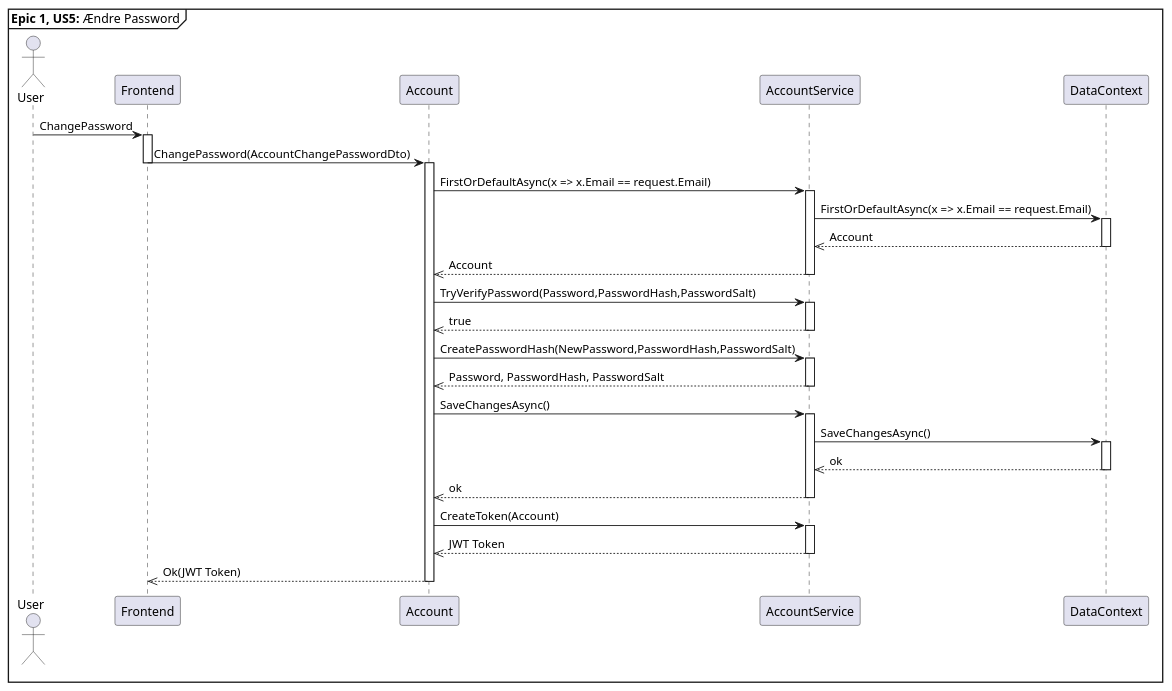
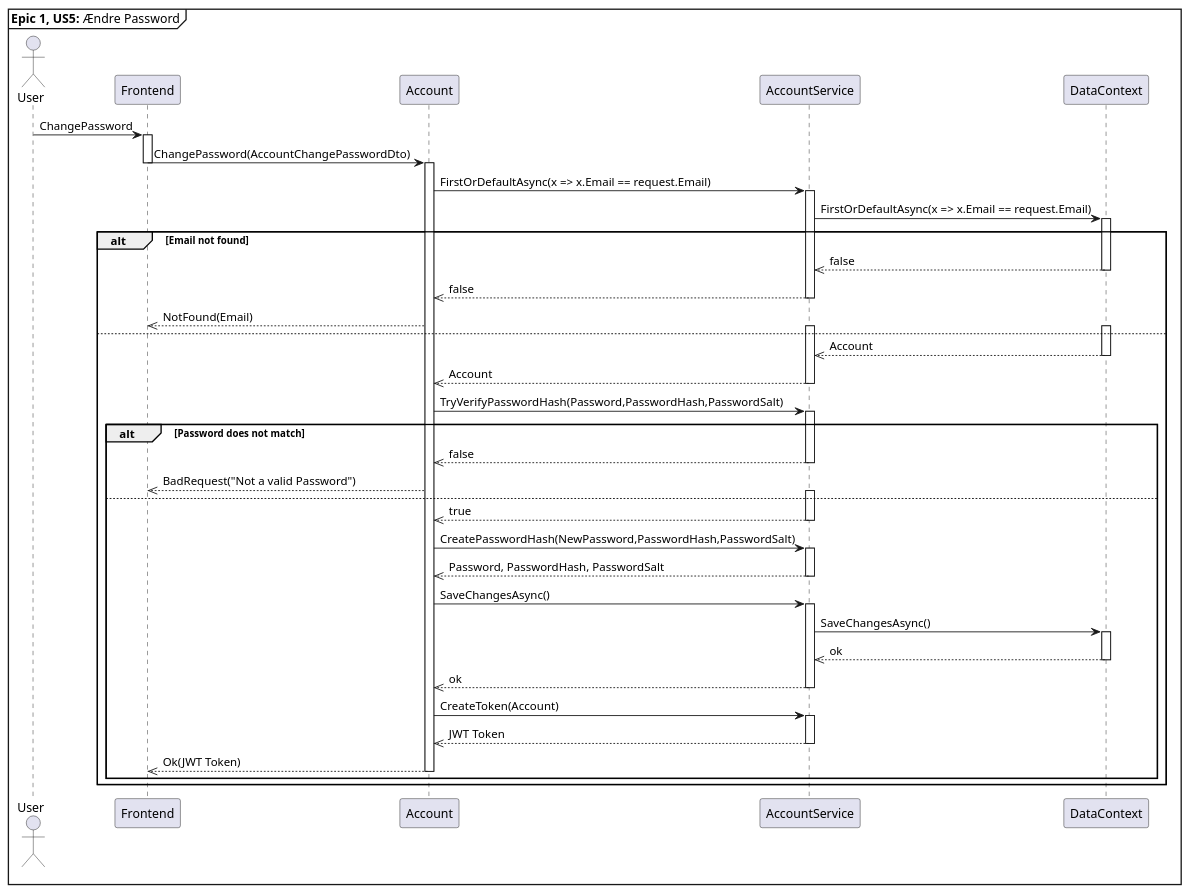
One commit to MartinStokholm/PRJ4_Repo changed the diagram in UML/PlanUML/SequenceDiagram/Account/AccountSequenceChangePassword.puml. Above: the diagram before and after it, drawn with PlantUML. The commit also changed 3 other files, not shown here.

Commit message:
Exception added to sequence diagram

```diff
--- a/UML/PlanUML/SequenceDiagram/Account/AccountSequenceChangePassword.puml
+++ b/UML/PlanUML/SequenceDiagram/Account/AccountSequenceChangePassword.puml
@@ -1,50 +1,67 @@
 @startuml AccountChangePassword
 mainframe **Epic 1, US5:** Ændre Password
 
 
 Actor "User" as U
 participant "Frontend" as F
 participant "Account" as A
 participant "AccountService" as S
 participant "DataContext" as D
 
 
 
 U -> F : ChangePassword
 activate F 
 F -> A : ChangePassword(AccountChangePasswordDto)
 deactivate F 
 activate A
 A -> S : FirstOrDefaultAsync(x => x.Email == request.Email)
 activate S
 S -> D : FirstOrDefaultAsync(x => x.Email == request.Email)
 activate D
-D -->> S : Account
-deactivate D
-S -->> A : Account
-deactivate S
-A -> S : TryVerifyPassword(Password,PasswordHash,PasswordSalt)
-activate S
-S -->> A : true 
-deactivate S
-A -> S : CreatePasswordHash(NewPassword,PasswordHash,PasswordSalt)
-activate S
-S -->> A : Password, PasswordHash, PasswordSalt
-deactivate S 
-A -> S : SaveChangesAsync()
-activate S
-S -> D : SaveChangesAsync()
-activate D
-D -->> S : ok 
-deactivate D
-S -->> A : ok
-deactivate S
-A -> S : CreateToken(Account)
-activate S
-S -->> A : JWT Token
-deactivate S
-A -->> F : Ok(JWT Token)
-deactivate A
 
-
+alt Email not found
+    D -->> S : false
+    deactivate D
+    S -->> A : false
+    deactivate S
+    A -->> F : NotFound(Email)
+else 
+    activate S
+    activate D
+    D -->> S : Account
+    deactivate D
+    S -->> A : Account
+    deactivate S
+    A -> S : TryVerifyPasswordHash(Password,PasswordHash,PasswordSalt)
+    alt Password does not match
+        activate S
+        S -->> A: false
+        deactivate S
+        A -->> F : BadRequest("Not a valid Password")
+    else 
+        activate S
+        S -->> A : true
+        deactivate S
+        
+        A -> S : CreatePasswordHash(NewPassword,PasswordHash,PasswordSalt)
+        activate S
+        S -->> A : Password, PasswordHash, PasswordSalt
+        deactivate S 
+        A -> S : SaveChangesAsync()
+        activate S
+        S -> D : SaveChangesAsync()
+        activate D
+        D -->> S : ok 
+        deactivate D
+        S -->> A : ok
+        deactivate S
+        A -> S : CreateToken(Account)
+        activate S
+        S -->> A : JWT Token
+        deactivate S
+        A -->> F : Ok(JWT Token)
+        deactivate A
+    end
+end
 @enduml
```
